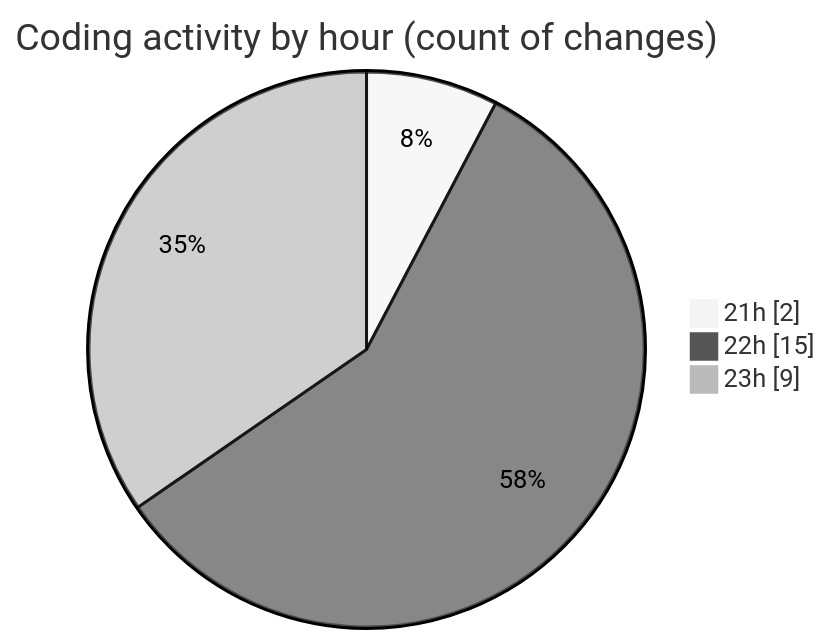
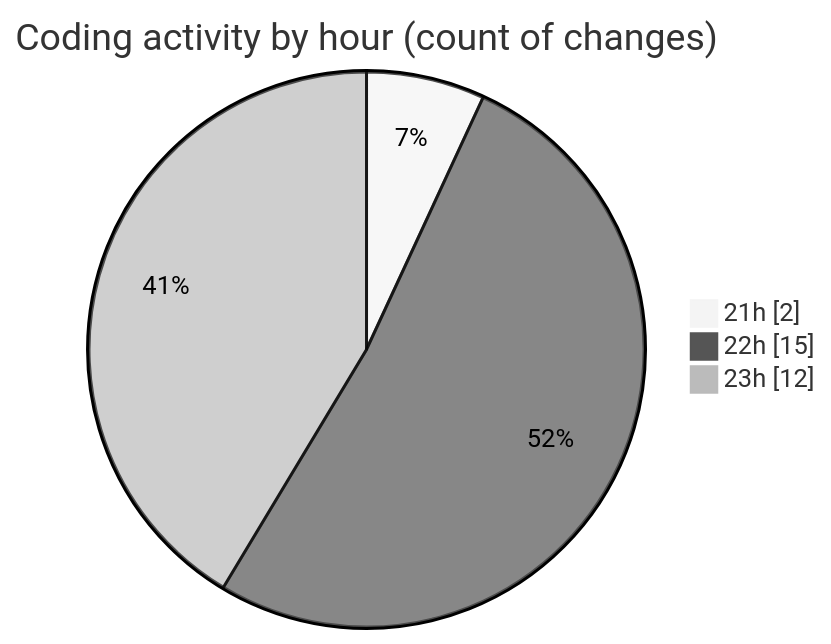
Before and after one commit to Elitesun/code-tracking: the second of 2 diagrams in 2025-02-20/projet/README.md, drawn with Mermaid (neutral theme). The commit also changed other lines of this file and 1 other file, not shown here.

````diff
--- a/2025-02-20/projet/README.md
+++ b/2025-02-20/projet/README.md
@@ -36,7 +37,7 @@
 ```mermaid
 pie showData
 title Coding activity by hour (count of changes)
 "21h" : 2
 "22h" : 15
-"23h" : 9
+"23h" : 12
 ```
````
